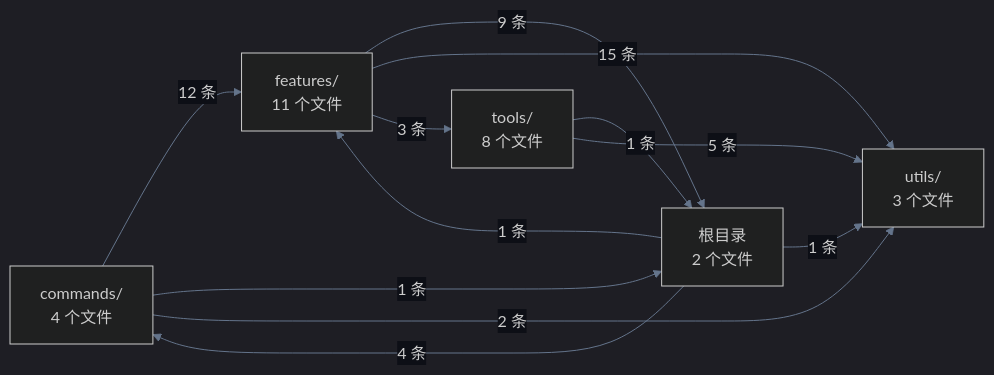
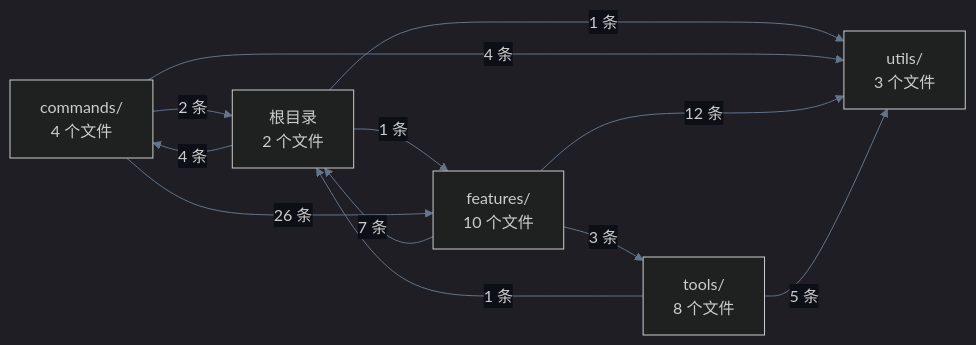
One commit to kernel4632/agent changed the diagram in docs/server-dependencies-dirs.mmd. Above: the diagram before and after it, drawn with Mermaid. The commit also changed 8 other files, not shown here.

Commit message:
docs: 更新独立模块后的依赖图和体量图

```diff
--- a/docs/server-dependencies-dirs.mmd
+++ b/docs/server-dependencies-dirs.mmd
@@ -1,18 +1,18 @@
 %%{init: {'theme':'dark','themeVariables':{'fontFamily':'ui-monospace, monospace','primaryColor':'#18202b','primaryTextColor':'#f8fafc','lineColor':'#64748b','clusterBkg':'#11151d','clusterBorder':'#475569','edgeLabelBackground':'#0d0f16'}}}%%
 flowchart LR
   commands["commands/<br/>4 个文件"]
-  features["features/<br/>11 个文件"]
+  features["features/<br/>10 个文件"]
   tools["tools/<br/>8 个文件"]
   utils["utils/<br/>3 个文件"]
   _root_["根目录<br/>2 个文件"]
   _root_ -->|"4 条"| commands
   _root_ -->|"1 条"| features
   _root_ -->|"1 条"| utils
-  commands -->|"12 条"| features
-  commands -->|"1 条"| _root_
-  commands -->|"2 条"| utils
-  features -->|"9 条"| _root_
-  features -->|"15 条"| utils
+  commands -->|"2 条"| _root_
+  commands -->|"26 条"| features
+  commands -->|"4 条"| utils
+  features -->|"7 条"| _root_
+  features -->|"12 条"| utils
   features -->|"3 条"| tools
   tools -->|"1 条"| _root_
   tools -->|"5 条"| utils
```
